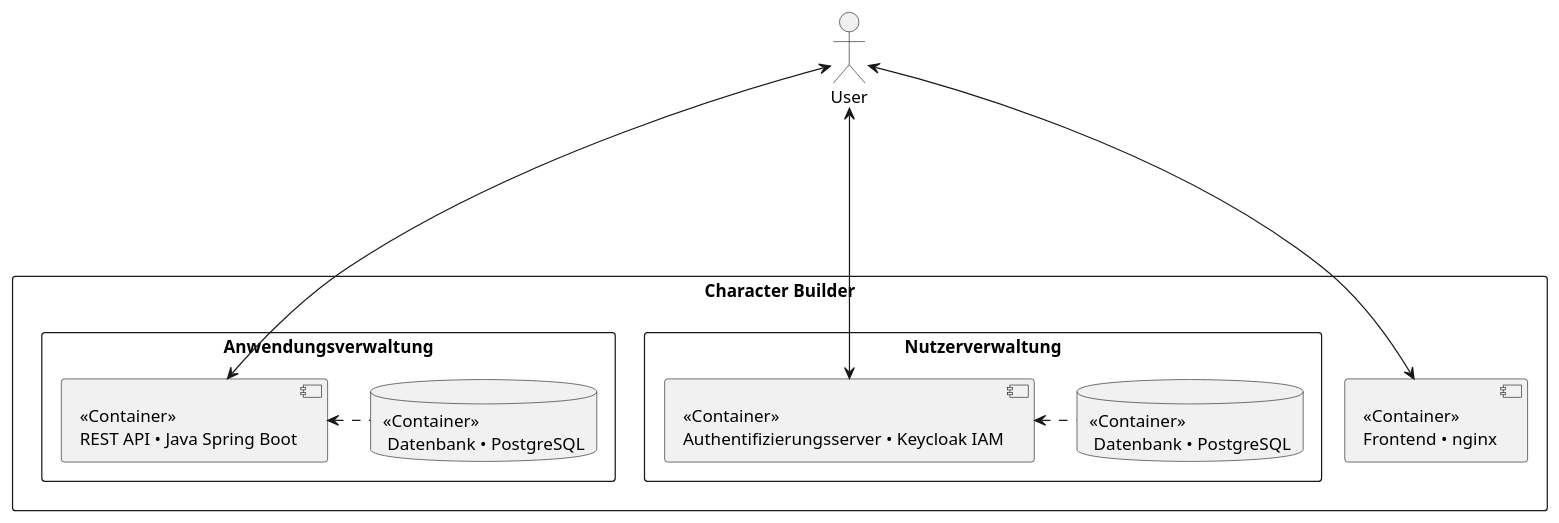
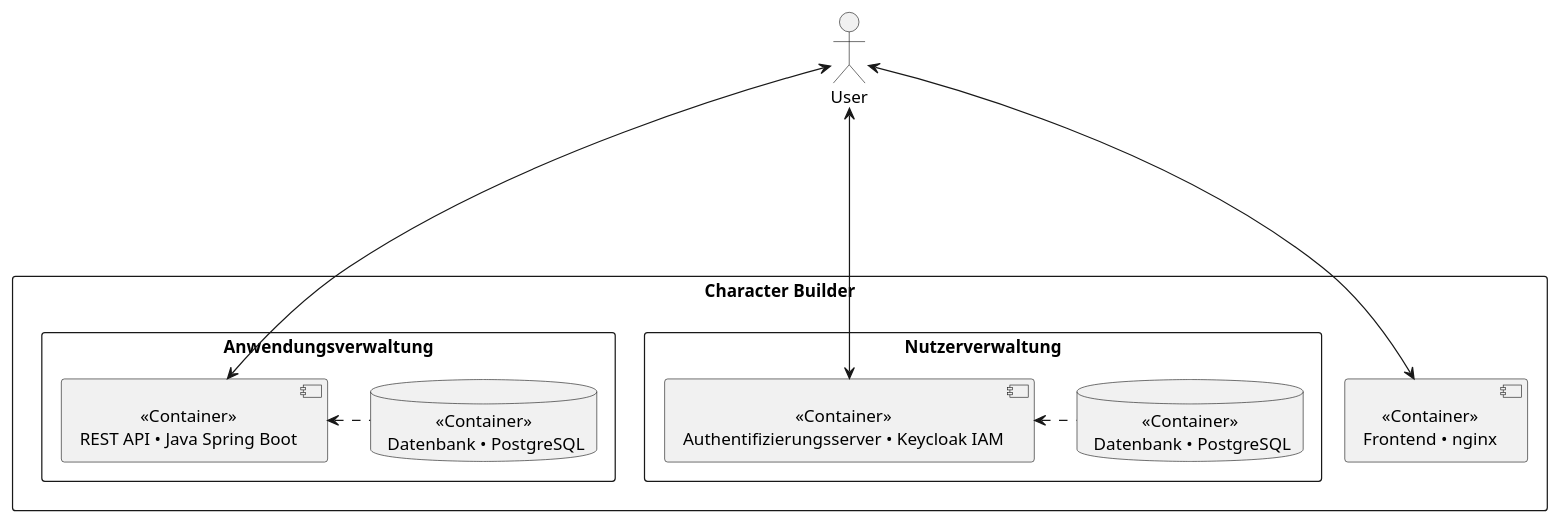
One commit to speier-v/CharacterBuilder changed the diagram in docs/component_diagram.puml. Above: the diagram before and after it, drawn with PlantUML.

Commit message:
refactor(docs): centered text in component diagram

```diff
--- a/docs/component_diagram.puml
+++ b/docs/component_diagram.puml
@@ -1,24 +1,25 @@
 @startuml
+skinparam defaultTextAlignment center
 actor User as User
 
 rectangle "Character Builder" {
   [<<Container>>\nFrontend • nginx] as Frontend
 
   rectangle "Anwendungsverwaltung" {
   [<<Container>>\nREST API • Java Spring Boot] as SpringBootBackend
     Database "<<Container>>\n Datenbank • PostgreSQL" as NonUserDataDb
   }
 
   rectangle "Nutzerverwaltung" {
       Database "<<Container>>\n Datenbank • PostgreSQL" as UserDataDb
       [<<Container>>\nAuthentifizierungsserver • Keycloak IAM] as AuthServer
   }
 
   User <----> Frontend
   User <--> AuthServer
 
   User <-> SpringBootBackend
   SpringBootBackend <. NonUserDataDb
   AuthServer <. UserDataDb
 }
 @enduml
```
